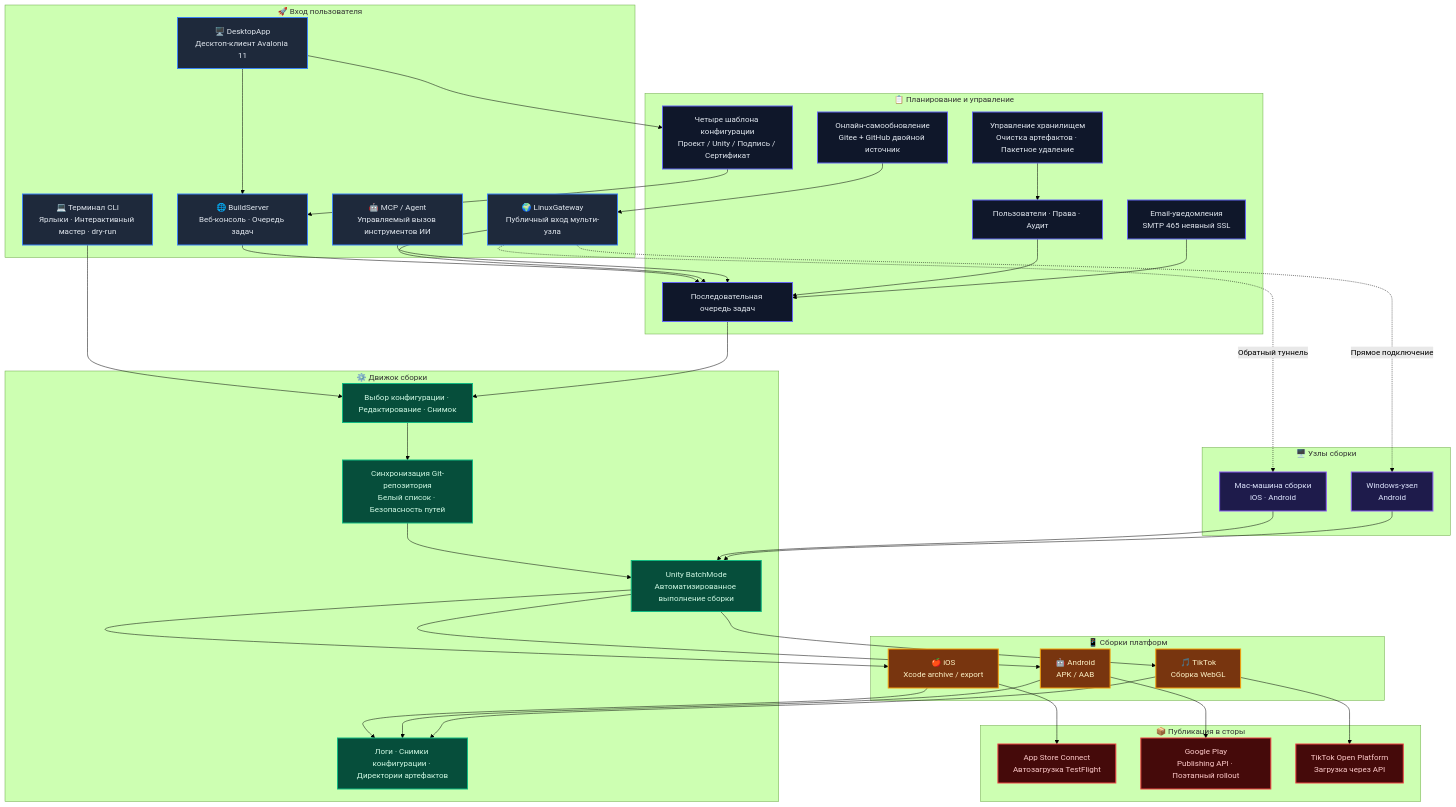
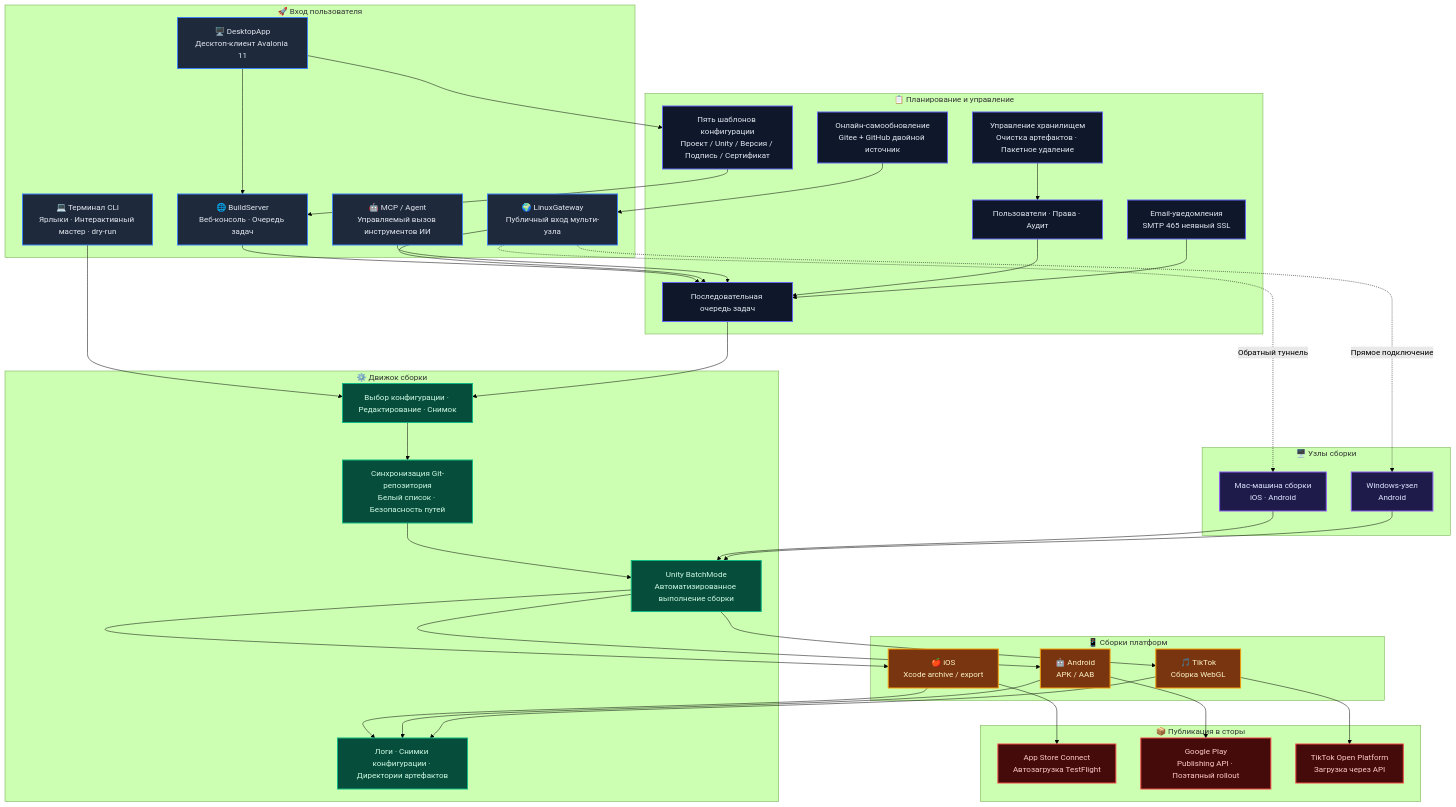
Before and after one commit to chenfengyimei/AutomationUnityBuild: the diagram in README.ru.md, drawn with Mermaid (forest theme). The commit also changed other lines of this file and 6 other files, not shown here.

```diff
--- a/README.ru.md
+++ b/README.ru.md
@@ -128,7 +160,7 @@
         Auth["Пользователи · Права · Аудит"]
         Email["Email-уведомления<br/>SMTP 465 неявный SSL"]
         Storage["Управление хранилищем<br/>Очистка артефактов · Пакетное удаление"]
-        Templates["Четыре шаблона конфигурации<br/>Проект / Unity / Подпись / Сертификат"]
+        Templates["Пять шаблонов конфигурации<br/>Проект / Unity / Версия / Подпись / Сертификат"]
         AutoUpdate["Онлайн-самообновление<br/>Gitee + GitHub двойной источник"]
     end
 
```
